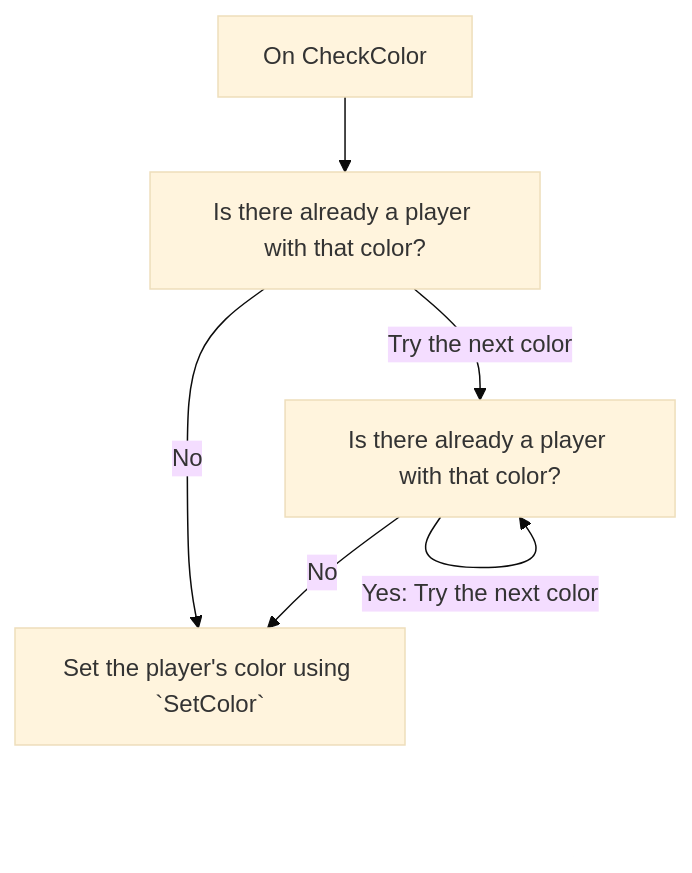
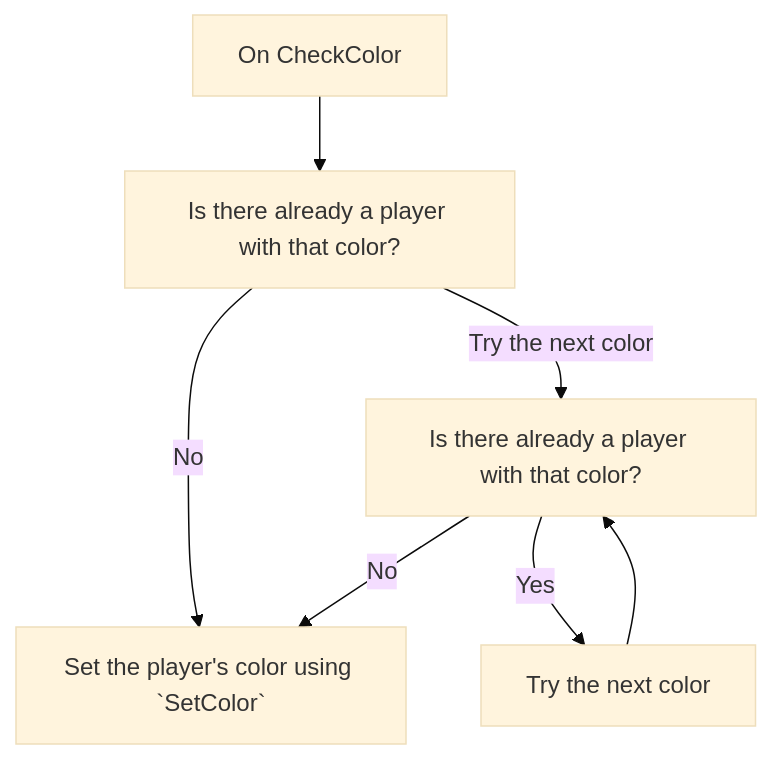
The diagram in content/networking/rpc/check_color_diagram.mmd (MrMelon54/auwiki), drawn with Mermaid (base theme) before and after one commit. The commit also changed 12 other files, not shown here.

Commit message:
Update flows and diagrams

```diff
--- a/content/networking/rpc/check_color_diagram.mmd
+++ b/content/networking/rpc/check_color_diagram.mmd
@@ -1,13 +1,14 @@
 flowchart TB
     checkColor[On CheckColor] --> alreadyExists
     alreadyExists[Is there already a player with that color?]
 
     alreadyExists -- Try the next color --> loop
     alreadyExists -- No --> send
 
     loop[Is there already a player with that color?]
 
     loop -- No --> send
-    loop -- Yes: Try the next color --> loop
+    loop -- Yes --> tryTheNextColor
+    tryTheNextColor[Try the next color] --> loop
 
     send[Set the player's color using `SetColor`]
```
